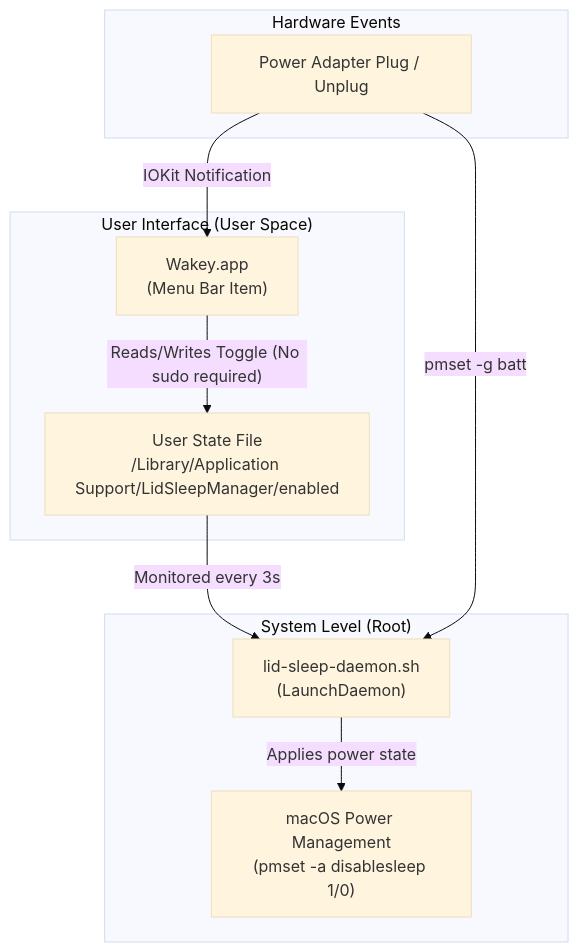
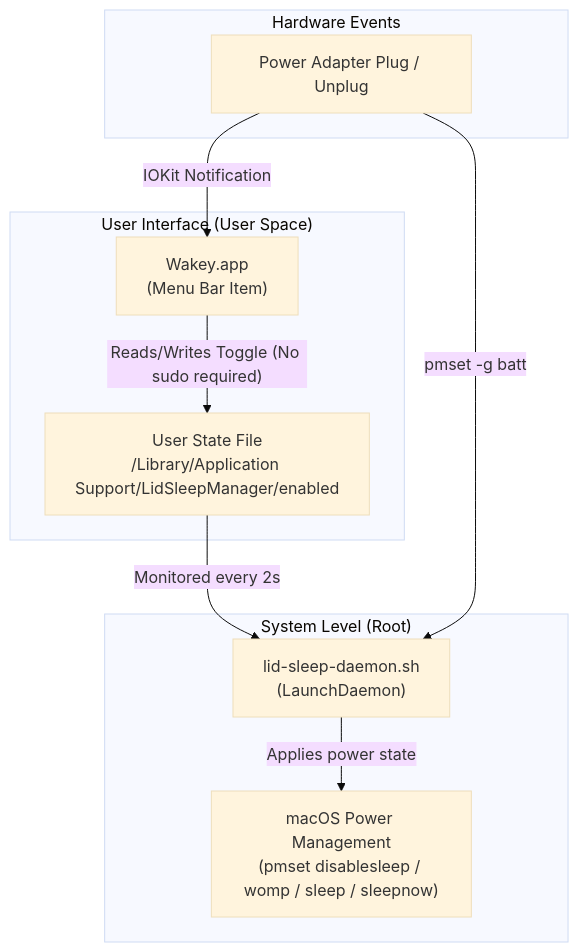
Before and after one commit to Nantaphat-Yoktaworn/wakey: the diagram in README.md, drawn with Mermaid (base theme). The commit also changed other lines of this file and 8 other files, not shown here.

````diff
--- a/README.md
+++ b/README.md
@@ -32,21 +50,21 @@
 ```mermaid
 flowchart TD
     subgraph UI ["User Interface (User Space)"]
         A["Wakey.app\n(Menu Bar Item)"]
         B["User State File\n/Library/Application Support/LidSleepManager/enabled"]
         A -- "Reads/Writes Toggle (No sudo required)" --> B
     end
 
     subgraph System ["System Level (Root)"]
         C["lid-sleep-daemon.sh\n(LaunchDaemon)"]
-        D["macOS Power Management\n(pmset -a disablesleep 1/0)"]
-        B -- "Monitored every 3s" --> C
+        D["macOS Power Management\n(pmset disablesleep / womp / sleep / sleepnow)"]
+        B -- "Monitored every 2s" --> C
         C -- "Applies power state" --> D
     end
 
     subgraph Hardware ["Hardware Events"]
         E["Power Adapter Plug / Unplug"]
         E -- "IOKit Notification" --> A
         E -- "pmset -g batt" --> C
     end
 ```
````
